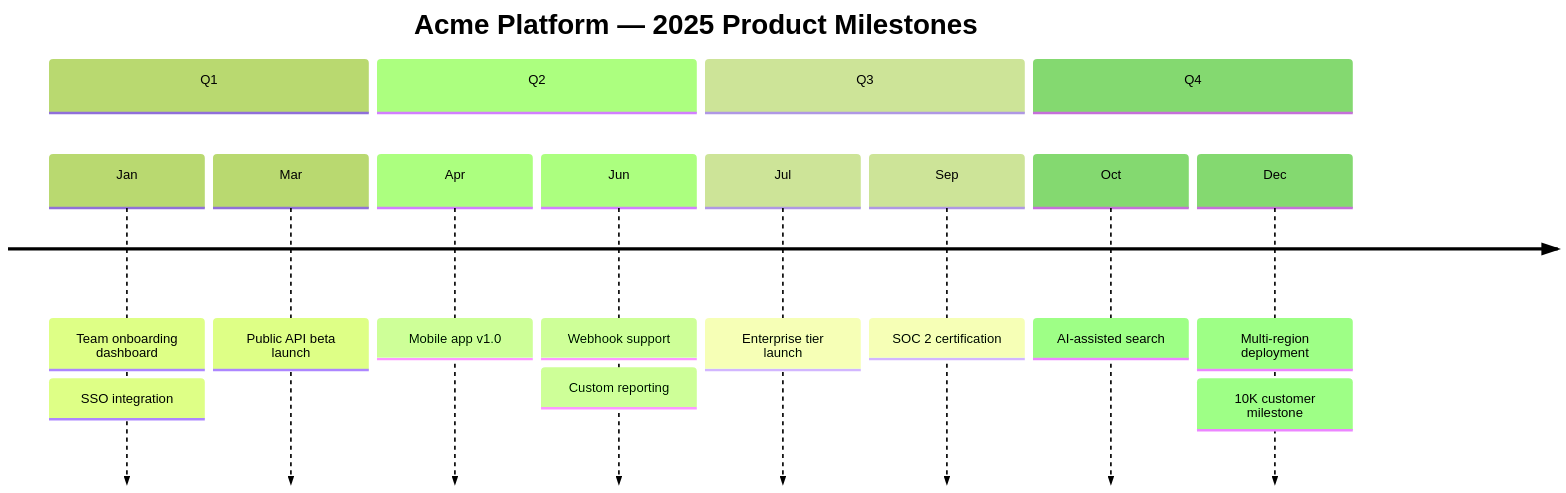
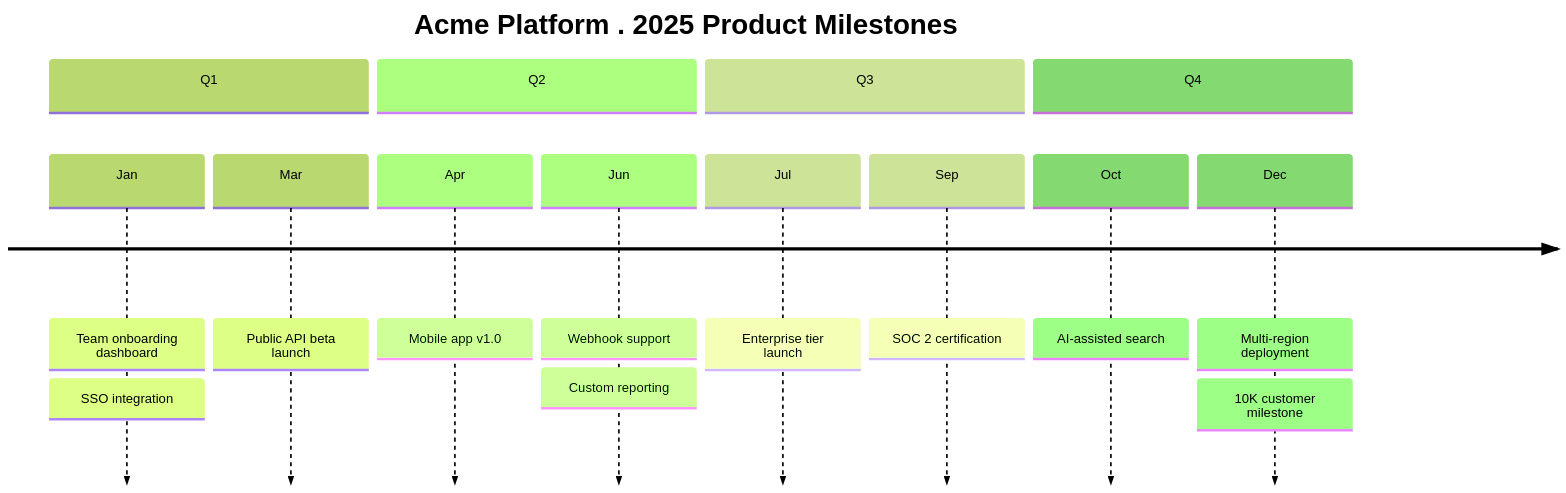
The sixth of 15 diagrams in skills/utility-mermaid-diagrams/references/pm-use-cases.md (rtmendes/pm-skills), drawn with Mermaid (forest theme) before and after one commit. The commit also changed other lines of this file and 482 other files, not shown here.

````diff
--- a/skills/utility-mermaid-diagrams/references/pm-use-cases.md
+++ b/skills/utility-mermaid-diagrams/references/pm-use-cases.md
@@ -201,19 +201,19 @@
 ```mermaid
 timeline
-    title Acme Platform — 2025 Product Milestones
+    title Acme Platform . 2025 Product Milestones
     section Q1
         Jan : Team onboarding dashboard
             : SSO integration
         Mar : Public API beta launch
     section Q2
         Apr : Mobile app v1.0
         Jun : Webhook support
             : Custom reporting
     section Q3
         Jul : Enterprise tier launch
         Sep : SOC 2 certification
     section Q4
         Oct : AI-assisted search
         Dec : Multi-region deployment
             : 10K customer milestone
 ```
````
